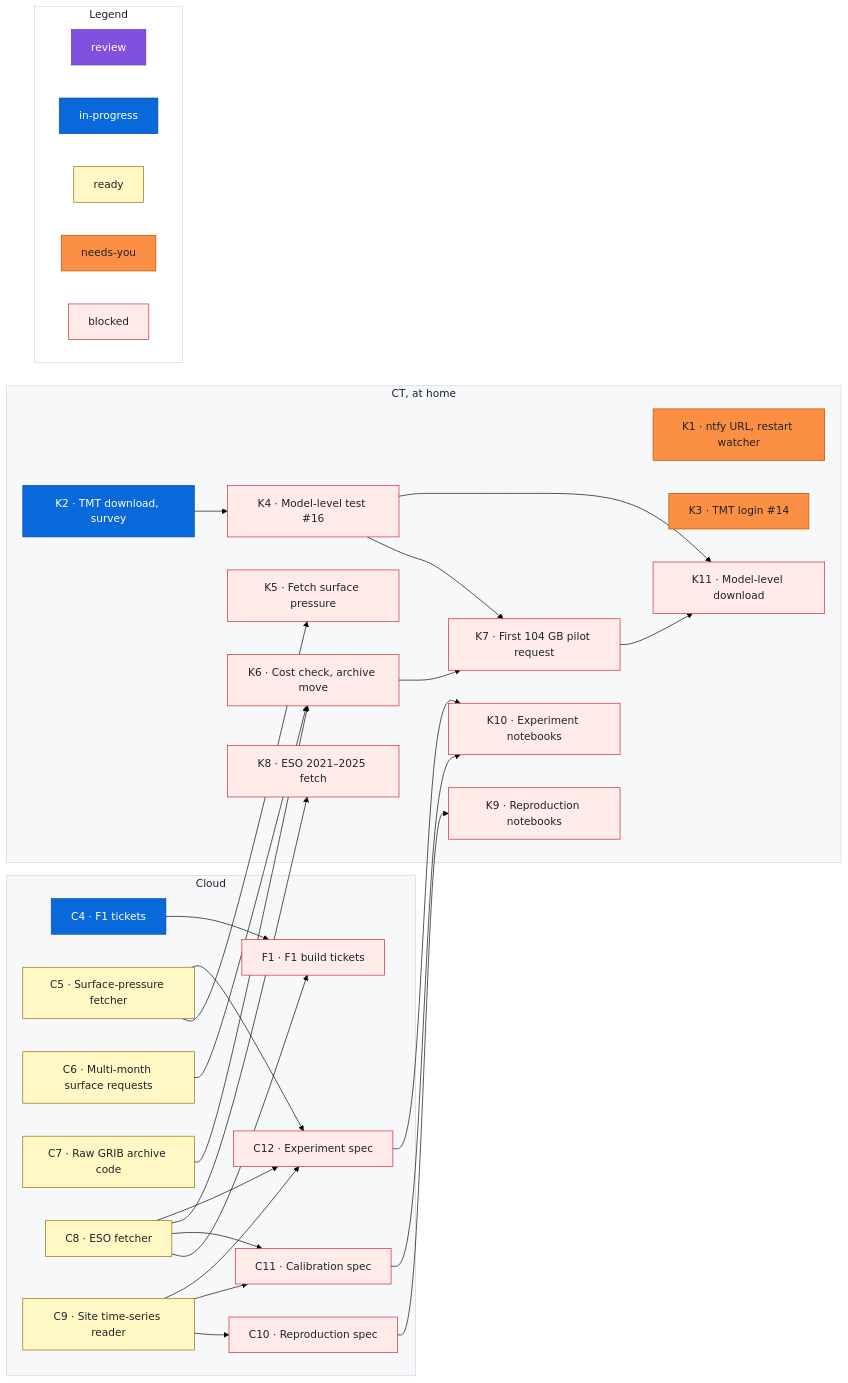
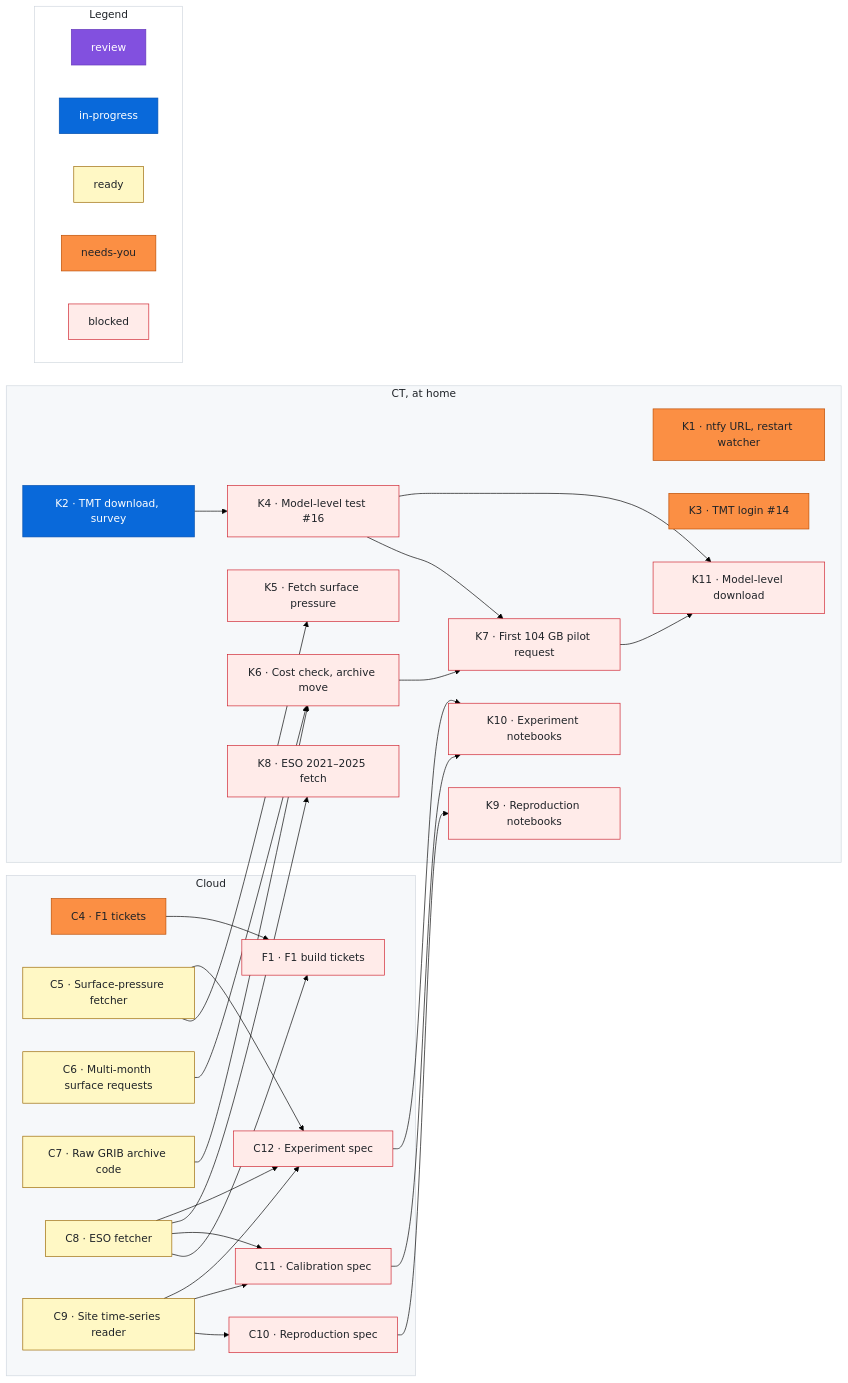
The diagram in docs/roadmap.md (rrweller/Astro-seeing), drawn with Mermaid (forest theme) before and after one commit. The commit also changed other lines of this file, not shown here.

Commit message:
roadmap: C4 in-progress → needs-you

```diff
--- a/docs/roadmap.md
+++ b/docs/roadmap.md
@@ -126,7 +126,7 @@
   classDef needsyou fill:#fb8f44,stroke:#bc4c00,color:#1f2328
   classDef blocked fill:#ffebe9,stroke:#cf222e,color:#1f2328
   %% Status lines: one per item, each followed by a `%% ---` spacer. Sessions change only the last word.
-  class C4 inprogress
+  class C4 needsyou
   %% ---
   class C5 ready
   %% ---
```
